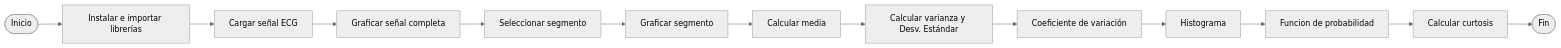
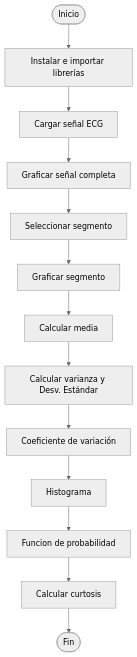
Before and after one commit to LauraDaniela09/Laboratorio-1--estadistica: the diagram in README.md, drawn with Mermaid (neutral theme).

````diff
--- a/README.md
+++ b/README.md
@@ -7,15 +7,15 @@
 ```mermaid
-flowchart LR
+flowchart TD
     A([Inicio]) --> B[Instalar e importar librerías]
     B --> C[Cargar señal ECG]
     C --> D[Graficar señal completa]
     D --> E[Seleccionar segmento]
     E --> F[Graficar segmento]
     F --> G[Calcular media]
     G --> H[Calcular varianza y Desv. Estándar]
     H --> I[Coeficiente de variación]
     I --> J[Histograma]
     J --> K[Funcion de probabilidad]
     K --> L[Calcular curtosis]
     L --> M([Fin])
 ```
````
